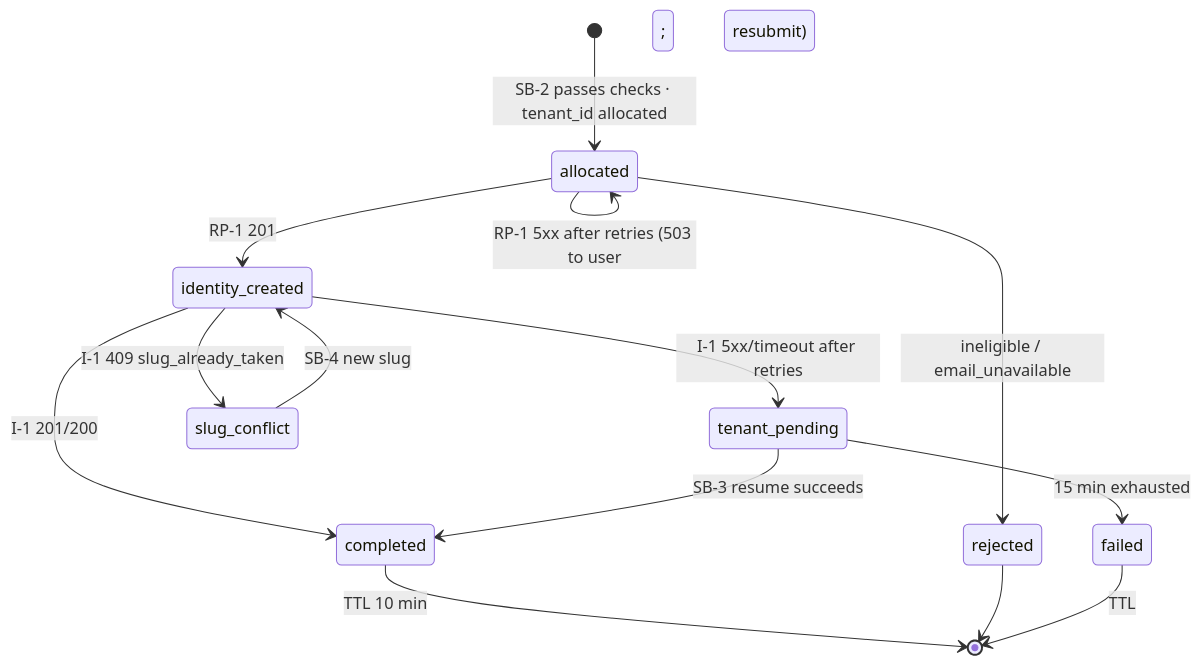
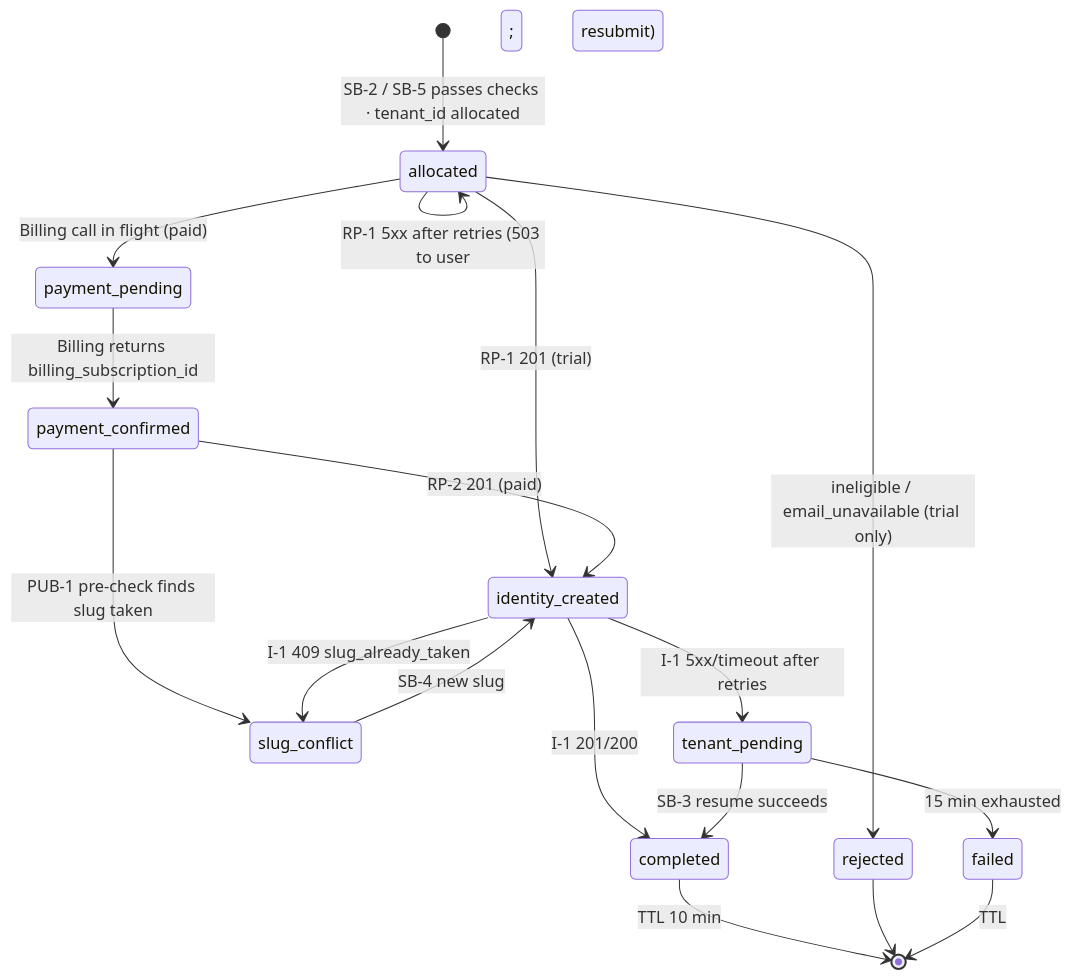
The fifth of 5 diagrams in docs/lld/signup-bff-lld.md (BCBP-SOLUTIONS-FZC-LLC/bff-signup), drawn with Mermaid before and after one commit. The commit also changed other lines of this file and 20 other files, not shown here.

First line of the commit message:
feat(bff-signup): wire Phase 1.5 direct-paid signup stub (LLD §19)

````diff
--- a/docs/lld/signup-bff-lld.md
+++ b/docs/lld/signup-bff-lld.md
@@ -625,16 +630,27 @@
 ```mermaid
 stateDiagram-v2
-    [*] --> allocated: SB-2 passes checks · tenant_id allocated
-    allocated --> rejected: ineligible / email_unavailable
+    [*] --> allocated: SB-2 / SB-5 passes checks · tenant_id allocated
+
+    %% Trial path (SB-2)
+    allocated --> rejected: ineligible / email_unavailable (trial only)
     allocated --> allocated: RP-1 5xx after retries (503 to user; resubmit)
-    allocated --> identity_created: RP-1 201
+    allocated --> identity_created: RP-1 201 (trial)
+
+    %% Paid path (SB-5, Phase 1.5 §19)
+    allocated --> payment_pending: Billing call in flight (paid)
+    payment_pending --> payment_confirmed: Billing returns billing_subscription_id
+    payment_confirmed --> slug_conflict: PUB-1 pre-check finds slug taken
+    payment_confirmed --> identity_created: RP-2 201 (paid)
+
+    %% Shared I-1 path
     identity_created --> completed: I-1 201/200
     identity_created --> tenant_pending: I-1 5xx/timeout after retries
     identity_created --> slug_conflict: I-1 409 slug_already_taken
     tenant_pending --> completed: SB-3 resume succeeds
     tenant_pending --> failed: 15 min exhausted
     slug_conflict --> identity_created: SB-4 new slug
+
     completed --> [*]: TTL 10 min
     rejected --> [*]
     failed --> [*]: TTL
 ```
````
